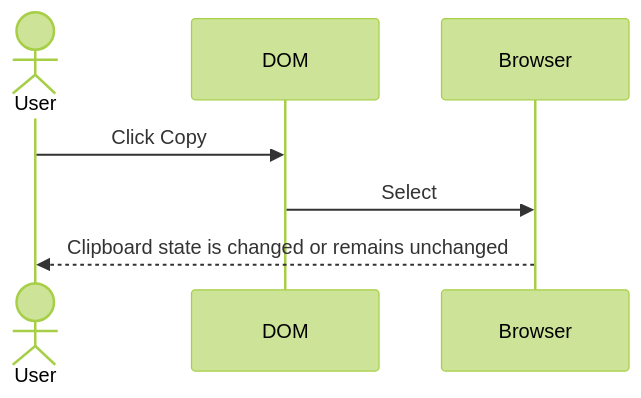
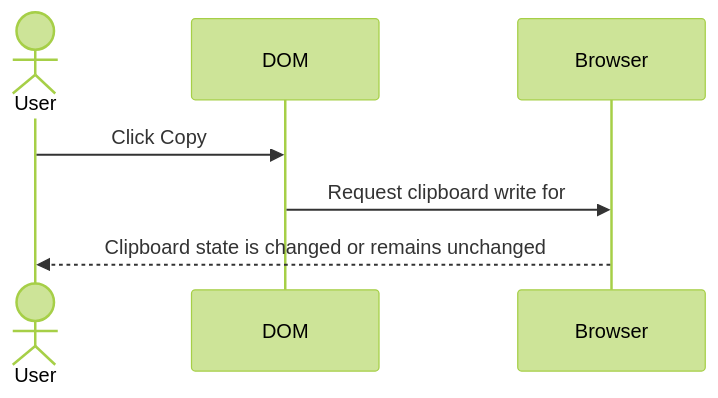
One commit to hmlendea/password-generator changed the sixth of 7 diagrams in ARCHITECTURE.md. Above: the diagram before and after it, drawn with Mermaid (forest theme). The commit also changed other lines of this file and 2 other files, not shown here.

Commit message:
fix: Fixed the copy button

````diff
--- a/ARCHITECTURE.md
+++ b/ARCHITECTURE.md
@@ -210,10 +210,10 @@
 ```mermaid
 sequenceDiagram
     actor User
     participant DOM
     participant Browser
 
     User->>DOM: Click Copy
-    DOM->>Browser: Select #password and request execCommand("copy")
+    DOM->>Browser: Request clipboard write for #password
     Browser-->>User: Clipboard state is changed or remains unchanged
 ```
````
